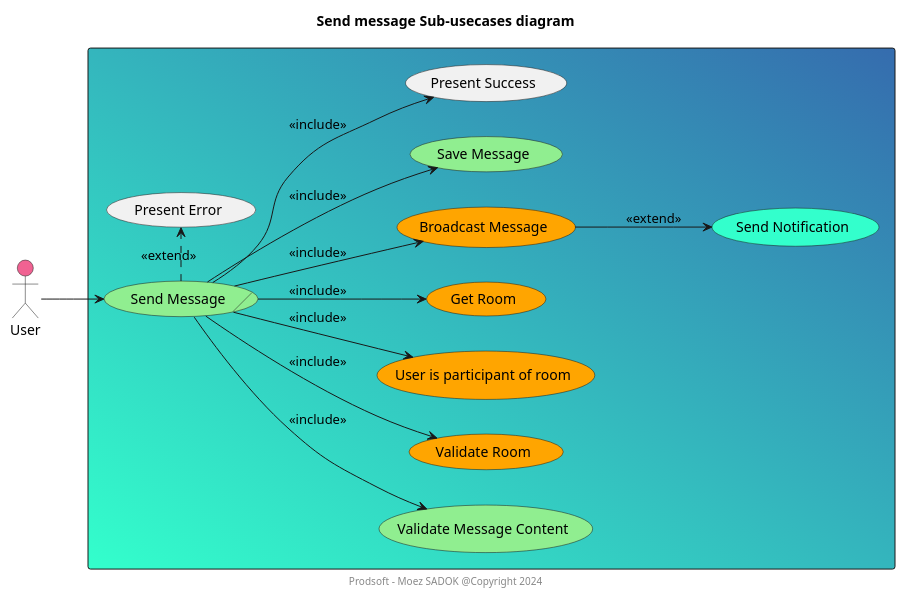
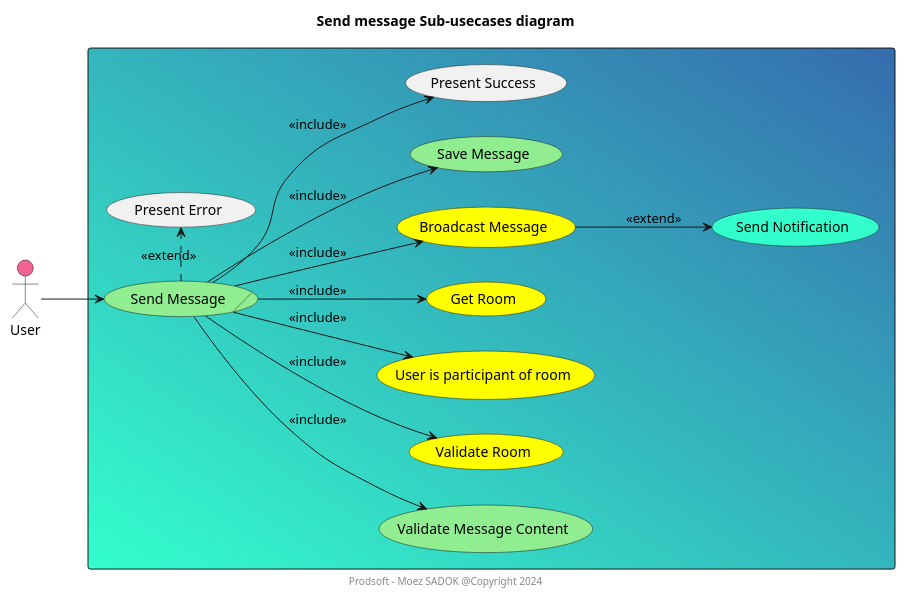
Before and after one commit to moez-sadok/chat-clean-architecture: the diagram in docs/features/send-message/send-message-sub-usecases.wsd, drawn with PlantUML. The commit also changed 4 other files, not shown here.

```diff
--- a/docs/features/send-message/send-message-sub-usecases.wsd
+++ b/docs/features/send-message/send-message-sub-usecases.wsd
@@ -1,33 +1,33 @@
 @startuml
 
 left to right direction
 title Send message Sub-usecases diagram
 footer Prodsoft - Moez SADOK @Copyright 2024
 
 actor User #F06292
 
 rectangle #33FFCC\356CAE {
     usecase/ "Send Message" as UC_SendMessage #LightGreen
     usecase "Validate Message Content" as UC_ValidateContent #LightGreen
-    usecase "Validate Room" as UC_ValidateRoom #Orange
-    usecase "User is participant of room" as UC_ValidateUser #Orange
-    usecase "Get Room" as UC_GetRoom #Orange
-    usecase "Broadcast Message" as UC_BroadcastMessage #Orange
+    usecase "Validate Room" as UC_ValidateRoom #Yellow
+    usecase "User is participant of room" as UC_ValidateUser #Yellow
+    usecase "Get Room" as UC_GetRoom #Yellow
+    usecase "Broadcast Message" as UC_BroadcastMessage #Yellow
     usecase "Send Notification" as UC_SendNotification #33FFCC
     usecase "Save Message" as UC_SaveMessage #LightGreen
     usecase "Present Success" as UC_PresentSuccess
     usecase "Present Error" as UC_PresentError
 }
 
 User --> UC_SendMessage
 UC_SendMessage --> UC_ValidateContent : <<include>>
 UC_SendMessage --> UC_ValidateRoom : <<include>>
 UC_SendMessage --> UC_ValidateUser : <<include>>
 UC_SendMessage --> UC_GetRoom : <<include>>
 UC_SendMessage --> UC_BroadcastMessage : <<include>>
 UC_BroadcastMessage --> UC_SendNotification : <<extend>>
 UC_SendMessage --> UC_SaveMessage : <<include>>
 UC_SendMessage --> UC_PresentSuccess : <<include>>
 UC_SendMessage .> UC_PresentError : <<extend>>
 
 @enduml
```
